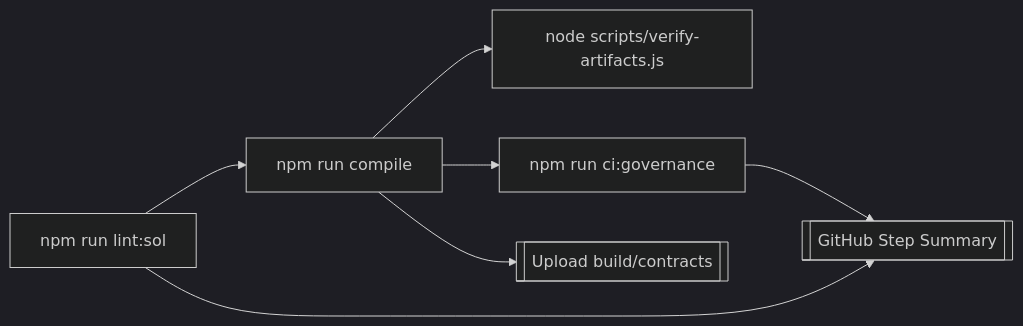
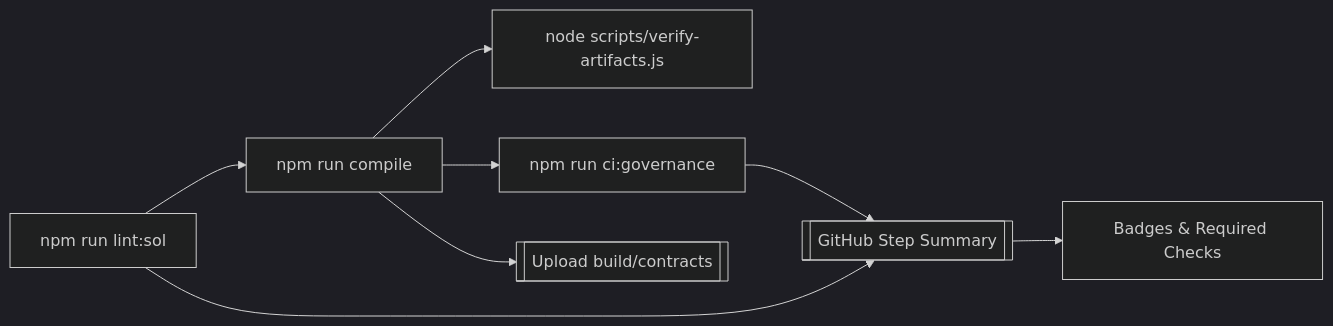
Before and after one commit to MontrealAI/agijobs-sovereign-labor-v0p1: the third of 5 diagrams in README.md, drawn with Mermaid (dark theme). The commit also changed other lines of this file and 3 other files, not shown here.

````diff
--- a/README.md
+++ b/README.md
@@ -111,9 +120,10 @@
 ```mermaid
 flowchart LR
     lint[npm run lint:sol] --> compile[npm run compile]
     compile --> verifyArtifacts[node scripts/verify-artifacts.js]
     compile --> governance[npm run ci:governance]
     compile --> artifacts[[Upload build/contracts]]
     governance --> summary[[GitHub Step Summary]]
     lint --> summary
+    summary --> badge[Badges & Required Checks]
 ```
````
